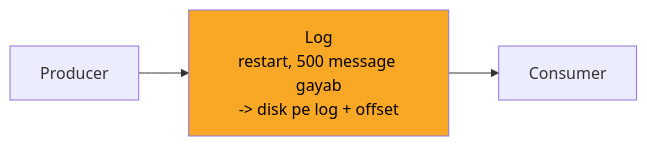
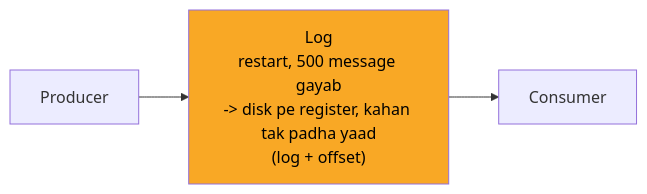
The second of 12 diagrams in 04_HLD/SYSTEM_DESIGNS/12_message_queue_kafka/12_message_queue_kafka.md (ArpanMaheshwari144/Prep), drawn with Mermaid before and after one commit. The commit also changed other lines of this file and 13 other files, not shown here.

````diff
--- a/04_HLD/SYSTEM_DESIGNS/12_message_queue_kafka/12_message_queue_kafka.md
+++ b/04_HLD/SYSTEM_DESIGNS/12_message_queue_kafka/12_message_queue_kafka.md
@@ -91,9 +91,9 @@
 ```mermaid
 flowchart LR
     n_P["Producer"]
-    n_L["Log<br/>restart, 500 message gayab<br/>-> disk pe log + offset"]
+    n_L["Log<br/>restart, 500 message gayab<br/>-> disk pe register, kahan tak padha yaad<br/>(log + offset)"]
     n_C["Consumer"]
     n_P --> n_L
     n_L --> n_C
     style n_L fill:#f9a825,color:#000
 ```
````
